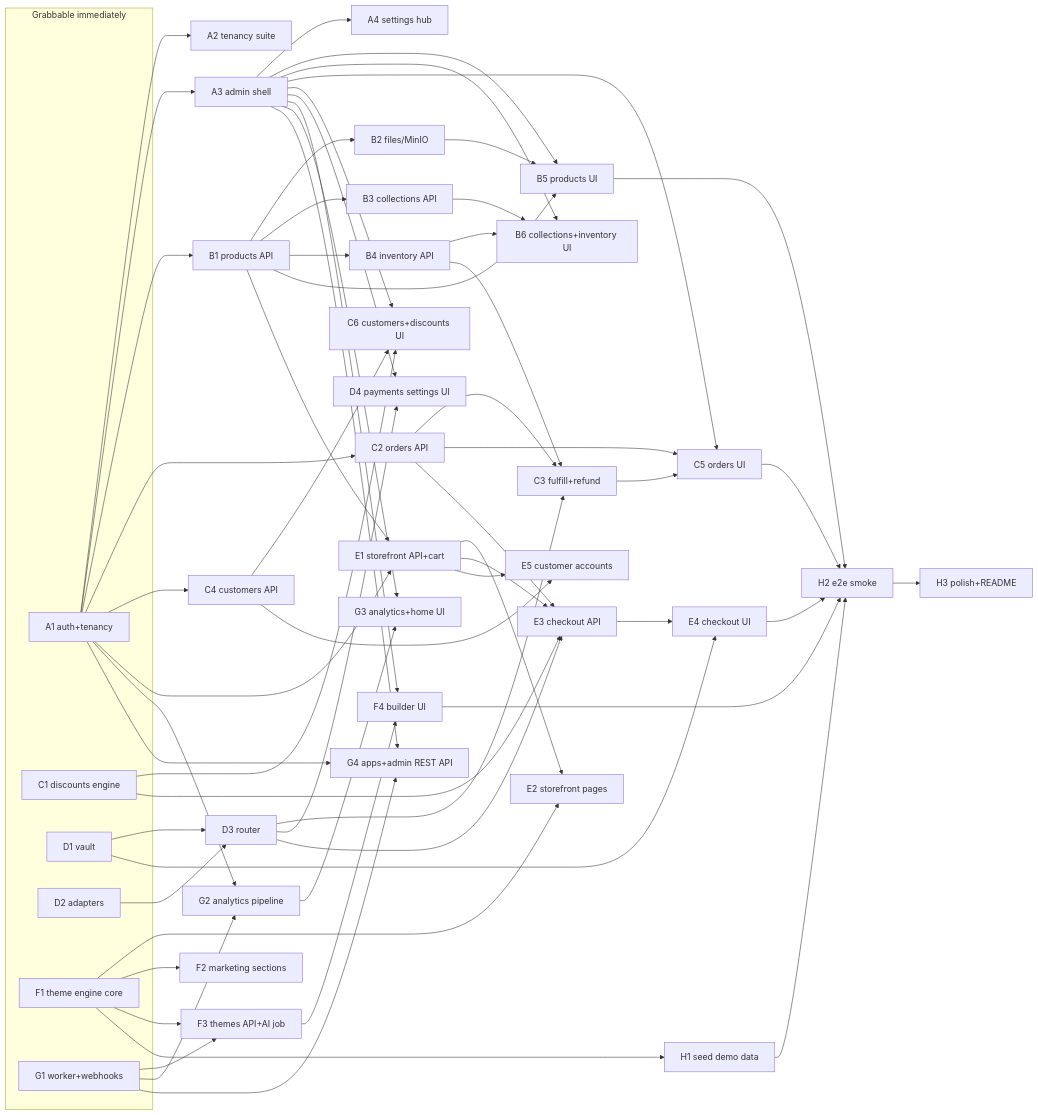
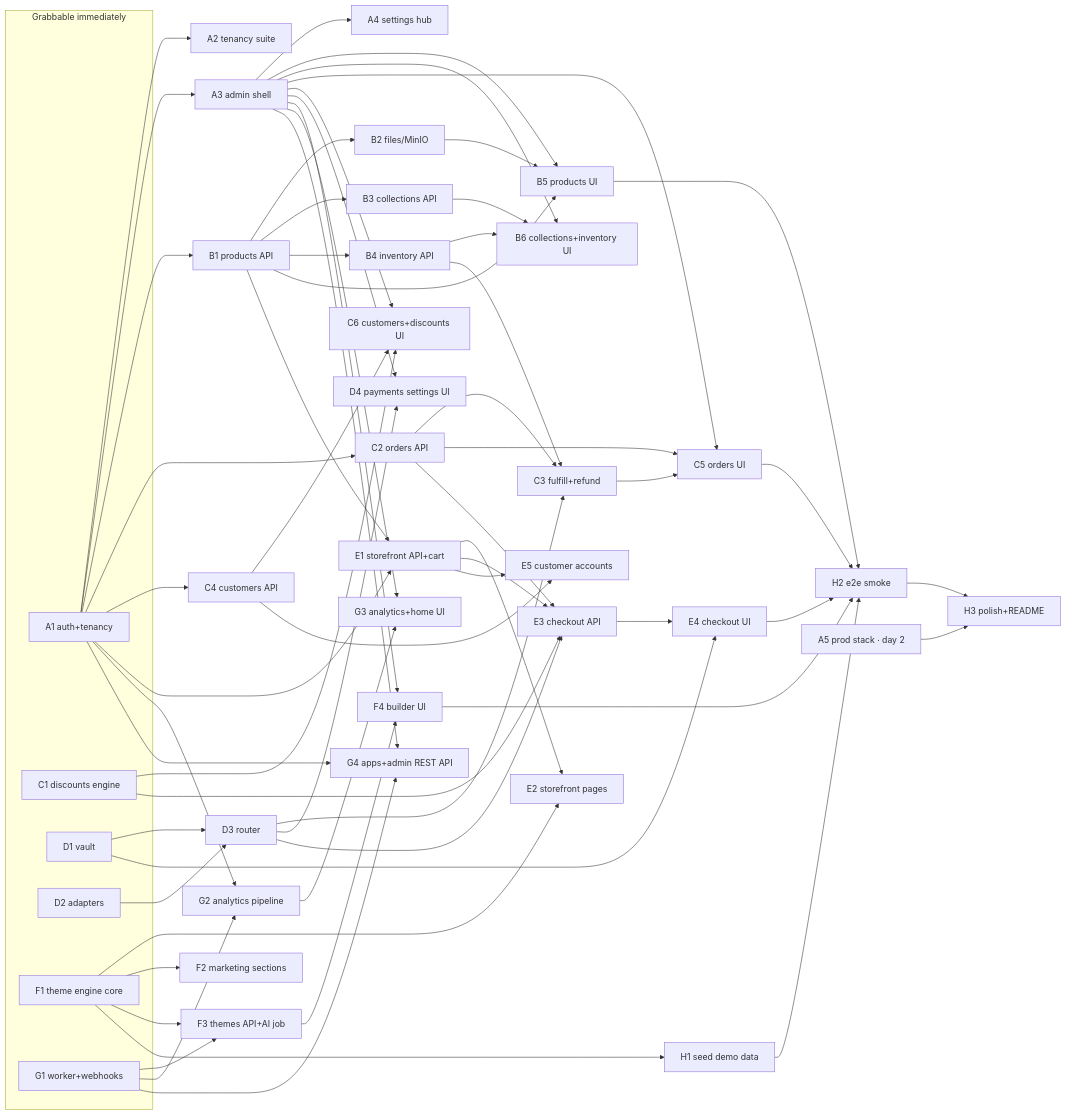
The diagram in docs/issues/README.md (pauljurgens11/shopify), drawn with Mermaid before and after one commit. The commit also changed other lines of this file and 16 other files, not shown here.

First line of the commit message:
feat(root): PARITY.md layout authority, prod-stack issue A5, KPI gap fixes

````diff
--- a/docs/issues/README.md
+++ b/docs/issues/README.md
@@ -95,70 +96,71 @@
 ```mermaid
 graph LR
   subgraph now [Grabbable immediately]
     A1[A1 auth+tenancy]
     C1[C1 discounts engine]
     D1[D1 vault]
     D2[D2 adapters]
     F1[F1 theme engine core]
     G1[G1 worker+webhooks]
   end
   A1 --> A2[A2 tenancy suite]
   A1 --> A3[A3 admin shell]
   A1 --> B1[B1 products API]
   A1 --> C2[C2 orders API]
   A1 --> C4[C4 customers API]
   A3 --> A4[A4 settings hub]
   B1 --> B2[B2 files/MinIO]
   B1 --> B3[B3 collections API]
   B1 --> B4[B4 inventory API]
   A3 --> B5[B5 products UI]
   B1 --> B5
   B2 --> B5
   A3 --> B6[B6 collections+inventory UI]
   B3 --> B6
   B4 --> B6
   D1 --> D3[D3 router]
   D2 --> D3
   C2 --> C3[C3 fulfill+refund]
   B4 --> C3
   D3 --> C3
   A3 --> C5[C5 orders UI]
   C2 --> C5
   C3 --> C5
   A3 --> C6[C6 customers+discounts UI]
   C1 --> C6
   C4 --> C6
   A3 --> D4[D4 payments settings UI]
   D3 --> D4
   A1 --> E1[E1 storefront API+cart]
   B1 --> E1
   E1 --> E2[E2 storefront pages]
   F1 --> E2
   E1 --> E3[E3 checkout API]
   C1 --> E3
   C2 --> E3
   D3 --> E3
   E3 --> E4[E4 checkout UI]
   D1 --> E4
   E1 --> E5[E5 customer accounts]
   C4 --> E5
   F1 --> F2[F2 marketing sections]
   F1 --> F3[F3 themes API+AI job]
   G1 --> F3
   A3 --> F4[F4 builder UI]
   F3 --> F4
   A1 --> G2[G2 analytics pipeline]
   G1 --> G2
   A3 --> G3[G3 analytics+home UI]
   G2 --> G3
   A1 --> G4[G4 apps+admin REST API]
   A3 --> G4
   G1 --> G4
   F1 --> H1[H1 seed demo data]
   B5 --> H2[H2 e2e smoke]
   C5 --> H2
   E4 --> H2
   F4 --> H2
   H1 --> H2
   H2 --> H3[H3 polish+README]
+  A5[A5 prod stack · day 2] --> H3
 ```
````
